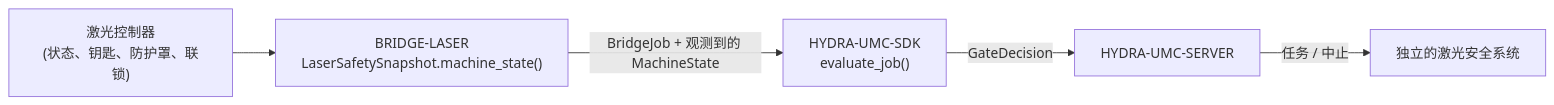
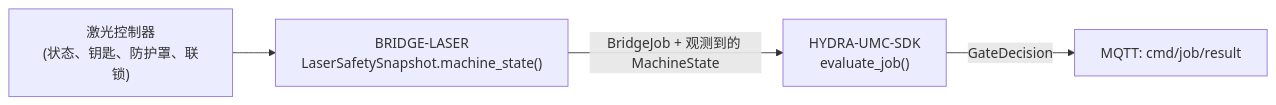
The diagram in README_zho.md (JuanenRac/HYDRA-UMC-BRIDGE-LASER), drawn with Mermaid before and after one commit. The commit also changed other lines of this file and 26 other files, not shown here.

````diff
--- a/README_zho.md
+++ b/README_zho.md
@@ -50,7 +51,6 @@
 ```mermaid
 flowchart LR
     LASER["激光控制器<br/>(状态、钥匙、防护罩、联锁)"] --> BRIDGE["BRIDGE-LASER<br/>LaserSafetySnapshot.machine_state()"]
     BRIDGE -- "BridgeJob + 观测到的 MachineState" --> SDK["HYDRA-UMC-SDK<br/>evaluate_job()"]
-    SDK -- GateDecision --> SERVER["HYDRA-UMC-SERVER"]
-    SERVER -- "任务 / 中止" --> SAFETY["独立的激光安全系统"]
+    SDK -- GateDecision --> RESULT["MQTT: cmd/job/result"]
 ```
````
